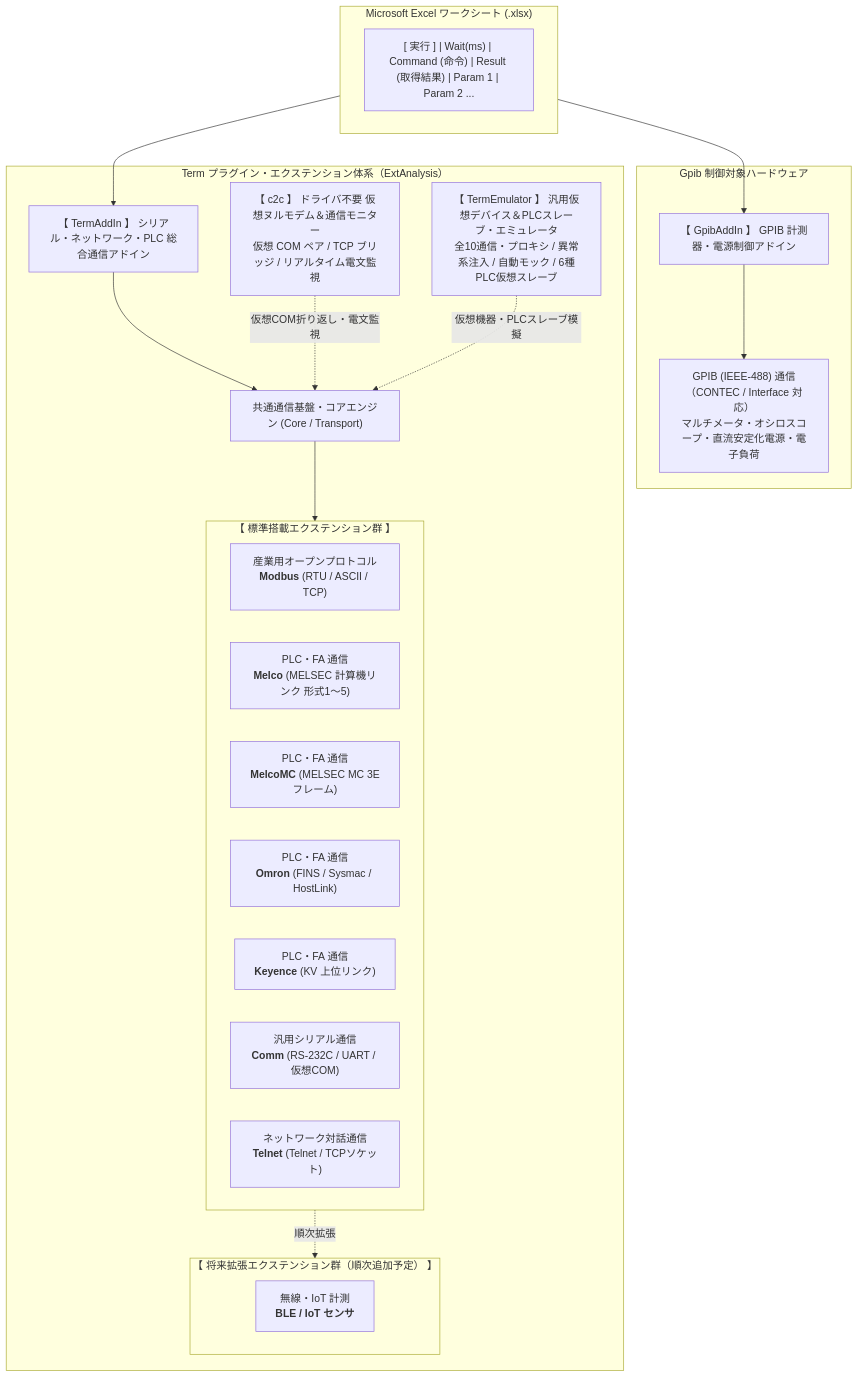
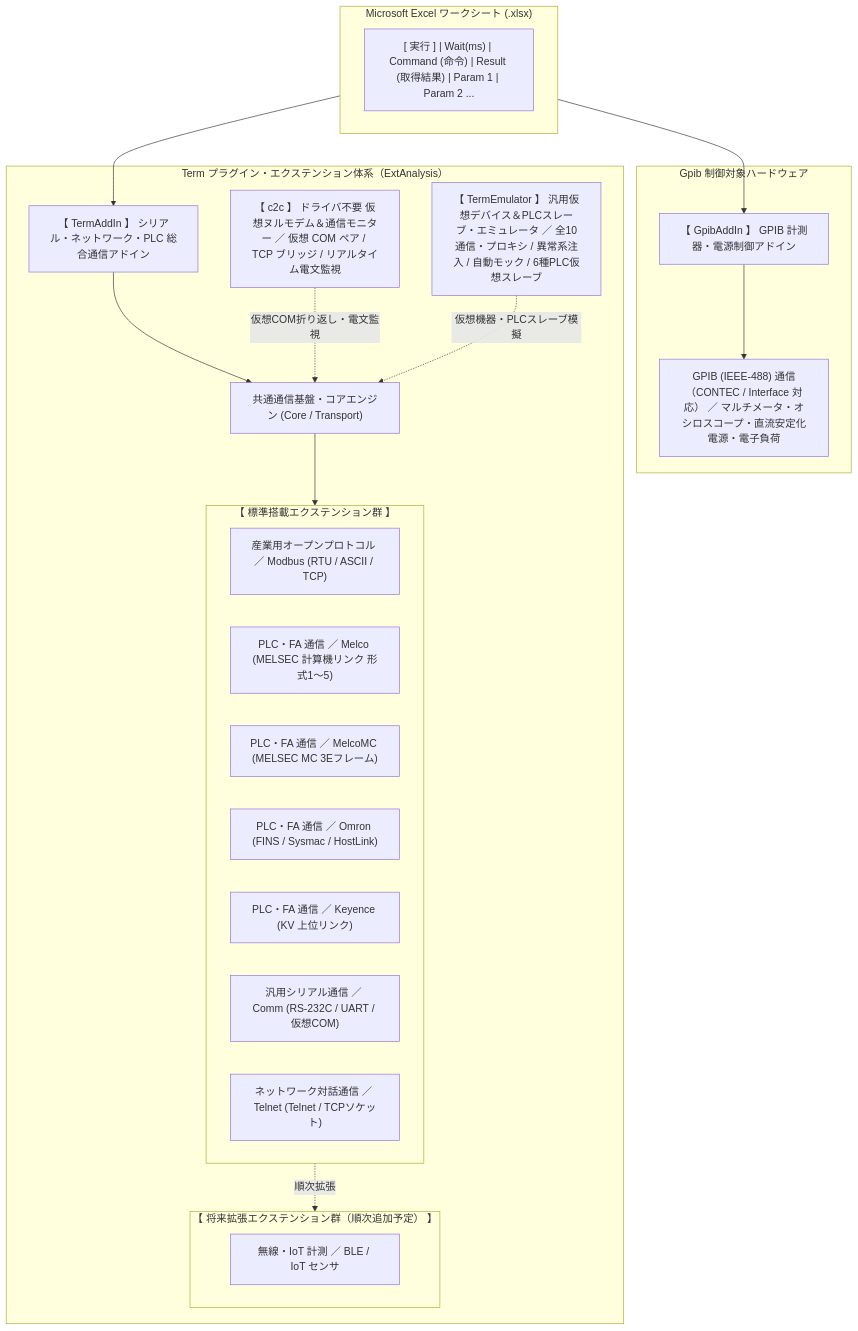
One commit to Monaca-App/store changed the diagram in README.md. Above: the diagram before and after it, drawn with Mermaid. The commit also changed other lines of this file, not shown here.

````diff
--- a/README.md
+++ b/README.md
@@ -22,38 +22,38 @@
 ```mermaid
 flowchart TD
     subgraph Excel ["Microsoft Excel ワークシート (.xlsx)"]
         Row["[ 実行 ] | Wait(ms) | Command (命令) | Result (取得結果) | Param 1 | Param 2 ..."]
     end
 
     Excel --> Gpib["【 GpibAddIn 】 GPIB 計測器・電源制御アドイン"]
     Excel --> Term["【 TermAddIn 】 シリアル・ネットワーク・PLC 総合通信アドイン"]
 
     subgraph GpibDetails ["Gpib 制御対象ハードウェア"]
-        Gpib --> GpibDev["GPIB (IEEE-488) 通信（CONTEC / Interface 対応）<br>マルチメータ・オシロスコープ・直流安定化電源・電子負荷"]
+        Gpib --> GpibDev["GPIB (IEEE-488) 通信（CONTEC / Interface 対応） ／ マルチメータ・オシロスコープ・直流安定化電源・電子負荷"]
     end
 
     subgraph TermArchitecture ["Term プラグイン・エクステンション体系（ExtAnalysis）"]
         Term --> TermCore["共通通信基盤・コアエンジン (Core / Transport)"]
-        C2C["【 c2c 】 ドライバ不要 仮想ヌルモデム＆通信モニター<br/>仮想 COM ペア / TCP ブリッジ / リアルタイム電文監視"] -. 仮想COM折り返し・電文監視 .-> TermCore
-        TermEmu["【 TermEmulator 】 汎用仮想デバイス＆PLCスレーブ・エミュレータ<br/>全10通信・プロキシ / 異常系注入 / 自動モック / 6種PLC仮想スレーブ"] -. 仮想機器・PLCスレーブ模擬 .-> TermCore
+        C2C["【 c2c 】 ドライバ不要 仮想ヌルモデム＆通信モニター ／ 仮想 COM ペア / TCP ブリッジ / リアルタイム電文監視"] -. 仮想COM折り返し・電文監視 .-> TermCore
+        TermEmu["【 TermEmulator 】 汎用仮想デバイス＆PLCスレーブ・エミュレータ ／ 全10通信・プロキシ / 異常系注入 / 自動モック / 6種PLC仮想スレーブ"] -. 仮想機器・PLCスレーブ模擬 .-> TermCore
 
         TermCore --> ExtStandard
         ExtStandard -. 順次拡張 .-> ExtFuture
 
         subgraph ExtStandard ["【 標準搭載エクステンション群 】"]
             direction LR
-            Modbus["産業用オープンプロトコル<br><b>Modbus</b> (RTU / ASCII / TCP)"]
-            Melco["PLC・FA 通信<br><b>Melco</b> (MELSEC 計算機リンク 形式1〜5)"]
-            MelcoMC["PLC・FA 通信<br><b>MelcoMC</b> (MELSEC MC 3Eフレーム)"]
-            OMRON["PLC・FA 通信<br><b>Omron</b> (FINS / Sysmac / HostLink)"]
-            KEYENCE["PLC・FA 通信<br><b>Keyence</b> (KV 上位リンク)"]
-            Comm["汎用シリアル通信<br><b>Comm</b> (RS-232C / UART / 仮想COM)"]
-            Telnet["ネットワーク対話通信<br><b>Telnet</b> (Telnet / TCPソケット)"]
+            Modbus["産業用オープンプロトコル ／ Modbus (RTU / ASCII / TCP)"]
+            Melco["PLC・FA 通信 ／ Melco (MELSEC 計算機リンク 形式1〜5)"]
+            MelcoMC["PLC・FA 通信 ／ MelcoMC (MELSEC MC 3Eフレーム)"]
+            OMRON["PLC・FA 通信 ／ Omron (FINS / Sysmac / HostLink)"]
+            KEYENCE["PLC・FA 通信 ／ Keyence (KV 上位リンク)"]
+            Comm["汎用シリアル通信 ／ Comm (RS-232C / UART / 仮想COM)"]
+            Telnet["ネットワーク対話通信 ／ Telnet (Telnet / TCPソケット)"]
         end
 
         subgraph ExtFuture ["【 将来拡張エクステンション群（順次追加予定） 】"]
             direction LR
-            IoT["無線・IoT 計測<br><b>BLE / IoT センサ</b>"]
+            IoT["無線・IoT 計測 ／ BLE / IoT センサ"]
         end
     end
 ```
````
